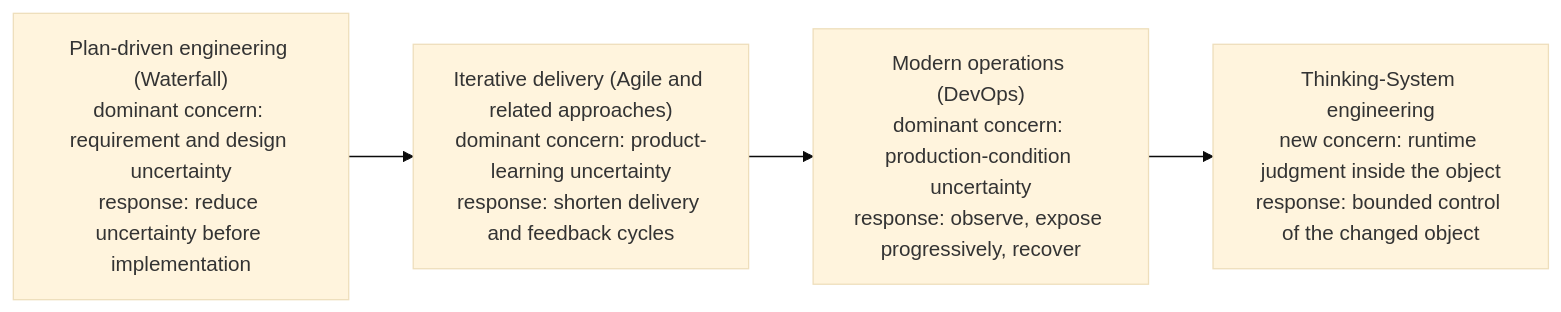
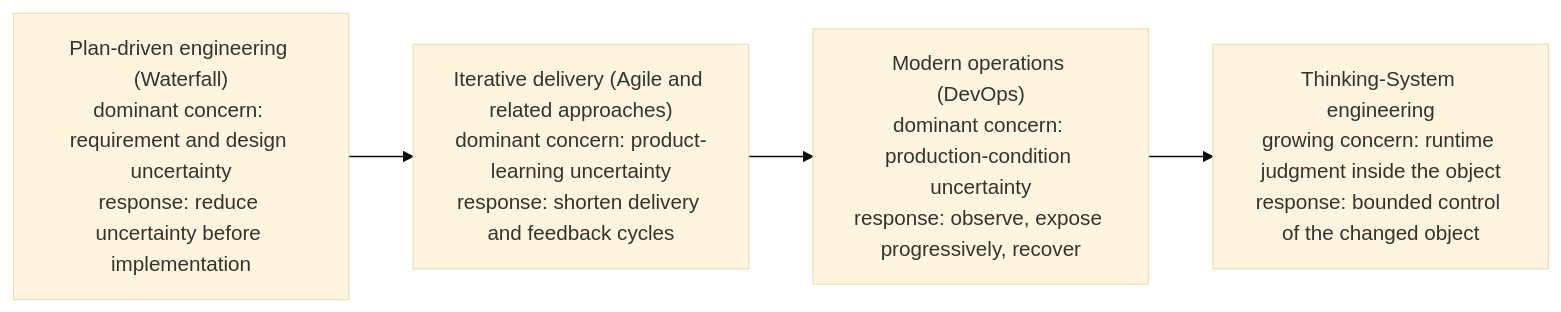
One commit to UncertaintyArchitectureGroup/uncertainty-architecture changed the first of 8 diagrams in content/research/notes/thinking-systems-publication-draft.md. Above: the diagram before and after it, drawn with Mermaid (base theme). The commit also changed other lines of this file and 17 other files, not shown here.

````diff
--- a/content/research/notes/thinking-systems-publication-draft.md
+++ b/content/research/notes/thinking-systems-publication-draft.md
@@ -80,9 +80,9 @@
 ```mermaid
 flowchart LR
     W["Plan-driven engineering (Waterfall)<br/>dominant concern: requirement and design uncertainty<br/>response: reduce uncertainty before implementation"]
     A["Iterative delivery (Agile and related approaches)<br/>dominant concern: product-learning uncertainty<br/>response: shorten delivery and feedback cycles"]
     D["Modern operations (DevOps)<br/>dominant concern: production-condition uncertainty<br/>response: observe, expose progressively, recover"]
-    T["Thinking-System engineering<br/>new concern: runtime judgment inside the object<br/>response: bounded control of the changed object"]
+    T["Thinking-System engineering<br/>growing concern: runtime judgment inside the object<br/>response: bounded control of the changed object"]
 
     W --> A --> D --> T
 ```
````
